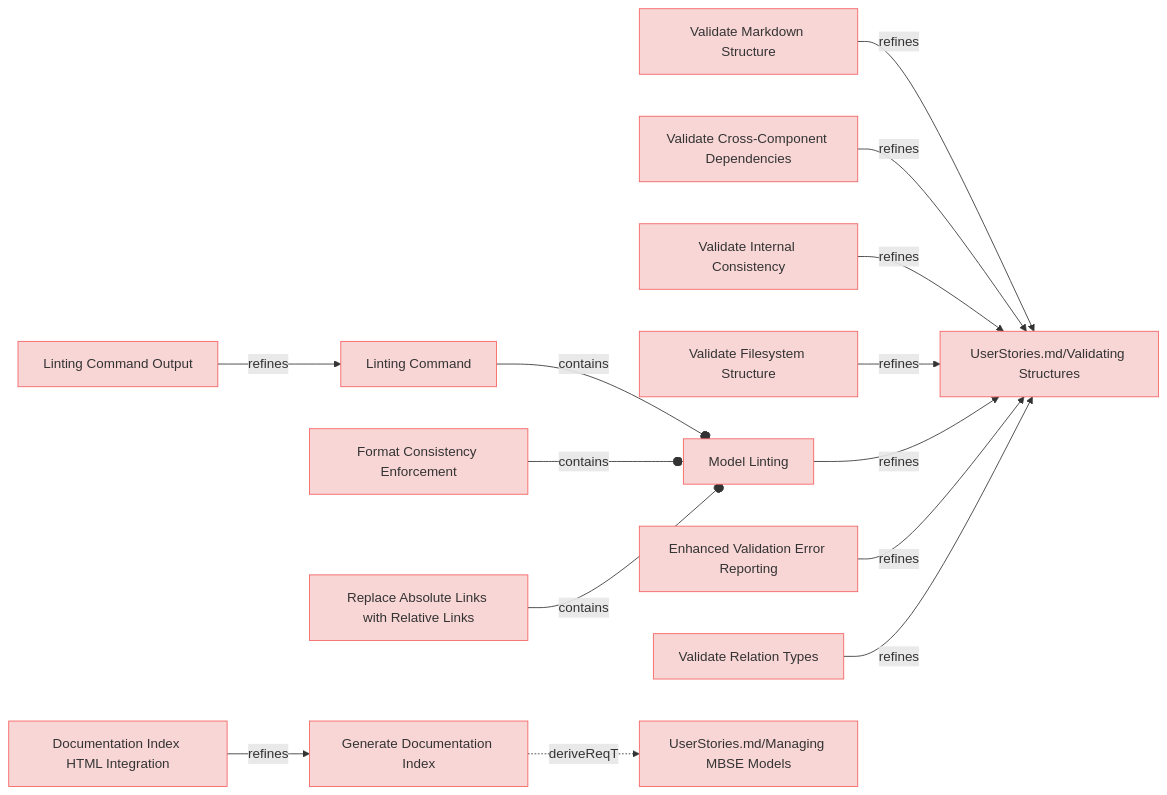
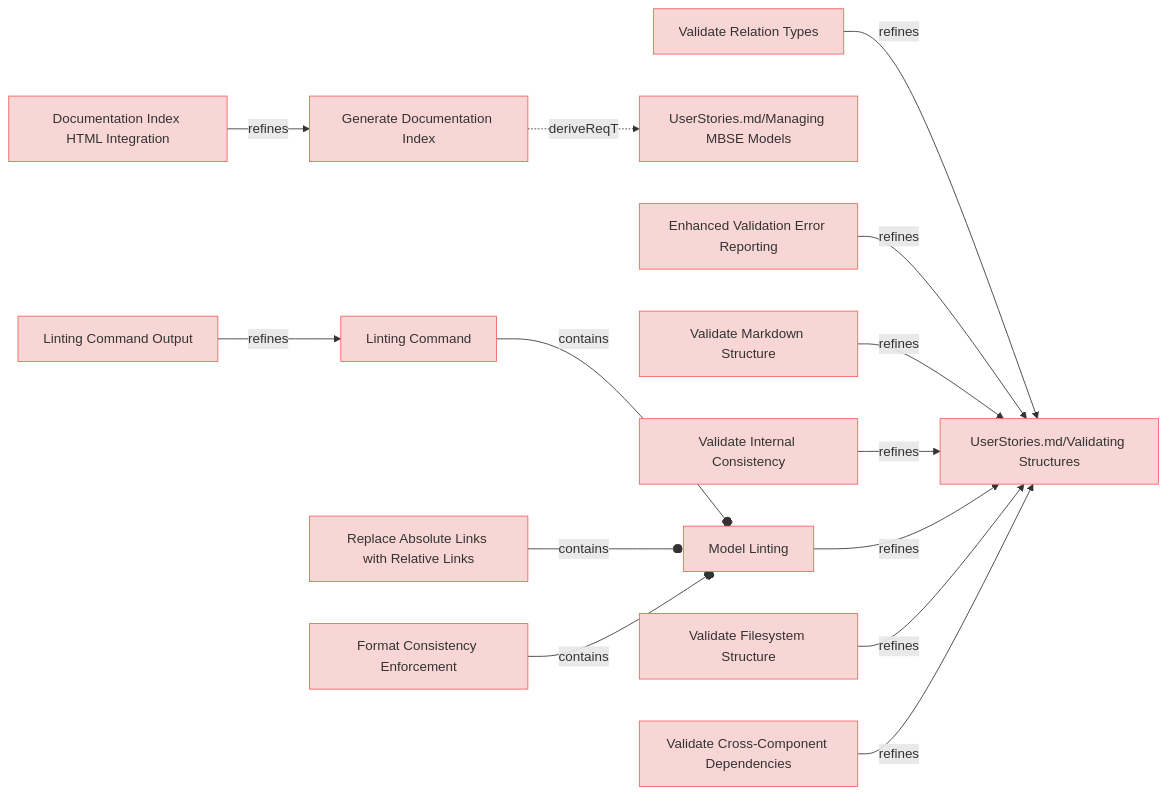
One commit to reqvire-org/reqvire changed the third of 9 diagrams in specifications/UserRequirements.md. Above: the diagram before and after it, drawn with Mermaid. The commit also changed other lines of this file and 21 other files, not shown here.

````diff
--- a/specifications/UserRequirements.md
+++ b/specifications/UserRequirements.md
@@ -147,67 +147,67 @@
 ```mermaid
 graph LR;
   %% Graph styling
   classDef requirement fill:#f9d6d6,stroke:#f55f5f,stroke-width:1px;
   classDef verification fill:#d6f9d6,stroke:#5fd75f,stroke-width:1px;
   classDef externalLink fill:#d0e0ff,stroke:#3080ff,stroke-width:1px;
   classDef default fill:#f5f5f5,stroke:#333333,stroke-width:1px;
 
-  b6ee889a6a1ac979["Validate Markdown Structure"];
-  click b6ee889a6a1ac979 "https://github.com/ilijaljubicic/Reqvire/blob/8a68ca1eab81bac7964085e47777a0a92447c6a5/specifications/UserRequirements.md#validate-markdown-structure";
-  class b6ee889a6a1ac979 requirement;
-  e411816051b86f1c["UserStories.md/Validating Structures"];
-  class e411816051b86f1c requirement;
-  click e411816051b86f1c "https://github.com/ilijaljubicic/Reqvire/blob/8a68ca1eab81bac7964085e47777a0a92447c6a5/specifications/UserStories.md#validating-structures";
-  b6ee889a6a1ac979 -->|refines| e411816051b86f1c;
-  3197771fa6f58185["Documentation Index HTML Integration"];
-  click 3197771fa6f58185 "https://github.com/ilijaljubicic/Reqvire/blob/8a68ca1eab81bac7964085e47777a0a92447c6a5/specifications/UserRequirements.md#documentation-index-html-integration";
-  class 3197771fa6f58185 requirement;
-  a0f45824211bff87["Generate Documentation Index"];
-  class a0f45824211bff87 requirement;
-  click a0f45824211bff87 "https://github.com/ilijaljubicic/Reqvire/blob/8a68ca1eab81bac7964085e47777a0a92447c6a5/specifications/UserRequirements.md#generate-documentation-index";
-  3197771fa6f58185 -->|refines| a0f45824211bff87;
-  a830c3c9ac9cf1a9["Validate Cross-Component Dependencies"];
-  click a830c3c9ac9cf1a9 "https://github.com/ilijaljubicic/Reqvire/blob/8a68ca1eab81bac7964085e47777a0a92447c6a5/specifications/UserRequirements.md#validate-cross-component-dependencies";
-  class a830c3c9ac9cf1a9 requirement;
-  a830c3c9ac9cf1a9 -->|refines| e411816051b86f1c;
-  944bd4459db32d65["Validate Internal Consistency"];
-  click 944bd4459db32d65 "https://github.com/ilijaljubicic/Reqvire/blob/8a68ca1eab81bac7964085e47777a0a92447c6a5/specifications/UserRequirements.md#validate-internal-consistency";
-  class 944bd4459db32d65 requirement;
-  944bd4459db32d65 -->|refines| e411816051b86f1c;
-  b92914a9715d4d36["Validate Filesystem Structure"];
-  click b92914a9715d4d36 "https://github.com/ilijaljubicic/Reqvire/blob/8a68ca1eab81bac7964085e47777a0a92447c6a5/specifications/UserRequirements.md#validate-filesystem-structure";
-  class b92914a9715d4d36 requirement;
-  b92914a9715d4d36 -->|refines| e411816051b86f1c;
-  36d76b90ace3a564["Model Linting"];
-  click 36d76b90ace3a564 "https://github.com/ilijaljubicic/Reqvire/blob/8a68ca1eab81bac7964085e47777a0a92447c6a5/specifications/UserRequirements.md#model-linting";
-  class 36d76b90ace3a564 requirement;
-  36d76b90ace3a564 -->|refines| e411816051b86f1c;
-  20193d4c951bb5d8["Enhanced Validation Error Reporting"];
-  click 20193d4c951bb5d8 "https://github.com/ilijaljubicic/Reqvire/blob/8a68ca1eab81bac7964085e47777a0a92447c6a5/specifications/UserRequirements.md#enhanced-validation-error-reporting";
-  class 20193d4c951bb5d8 requirement;
-  20193d4c951bb5d8 -->|refines| e411816051b86f1c;
-  5862305273e75e10["Linting Command Output"];
-  click 5862305273e75e10 "https://github.com/ilijaljubicic/Reqvire/blob/8a68ca1eab81bac7964085e47777a0a92447c6a5/specifications/UserRequirements.md#linting-command-output";
-  class 5862305273e75e10 requirement;
-  f1de164cd9ee3fd["Linting Command"];
-  class f1de164cd9ee3fd requirement;
-  click f1de164cd9ee3fd "https://github.com/ilijaljubicic/Reqvire/blob/8a68ca1eab81bac7964085e47777a0a92447c6a5/specifications/UserRequirements.md#linting-command";
-  5862305273e75e10 -->|refines| f1de164cd9ee3fd;
-  f1de164cd9ee3fd --o|contains| 36d76b90ace3a564;
-  43bbec4721cc6a68["Format Consistency Enforcement"];
-  click 43bbec4721cc6a68 "https://github.com/ilijaljubicic/Reqvire/blob/8a68ca1eab81bac7964085e47777a0a92447c6a5/specifications/UserRequirements.md#format-consistency-enforcement";
-  class 43bbec4721cc6a68 requirement;
-  43bbec4721cc6a68 --o|contains| 36d76b90ace3a564;
-  46eca65b8a17dbc5["Validate Relation Types"];
-  click 46eca65b8a17dbc5 "https://github.com/ilijaljubicic/Reqvire/blob/8a68ca1eab81bac7964085e47777a0a92447c6a5/specifications/UserRequirements.md#validate-relation-types";
-  class 46eca65b8a17dbc5 requirement;
-  46eca65b8a17dbc5 -->|refines| e411816051b86f1c;
-  f95a63db50140538["Replace Absolute Links with Relative Links"];
-  click f95a63db50140538 "https://github.com/ilijaljubicic/Reqvire/blob/8a68ca1eab81bac7964085e47777a0a92447c6a5/specifications/UserRequirements.md#replace-absolute-links-with-relative-links";
-  class f95a63db50140538 requirement;
-  f95a63db50140538 --o|contains| 36d76b90ace3a564;
-  1902659ed14c4615["UserStories.md/Managing MBSE Models"];
-  class 1902659ed14c4615 requirement;
-  click 1902659ed14c4615 "https://github.com/ilijaljubicic/Reqvire/blob/8a68ca1eab81bac7964085e47777a0a92447c6a5/specifications/UserStories.md#managing-mbse-models";
-  a0f45824211bff87 -.->|deriveReqT| 1902659ed14c4615;
+  62c066a5aad4dafe["Linting Command Output"];
+  click 62c066a5aad4dafe "https://github.com/Reqvire/reqvire/blob/f18e52f9f88c64f67a79abc4e93eb74b3ec22615/specifications/UserRequirements.md#linting-command-output";
+  class 62c066a5aad4dafe requirement;
+  28b0f9fa78937e61["Linting Command"];
+  class 28b0f9fa78937e61 requirement;
+  click 28b0f9fa78937e61 "https://github.com/Reqvire/reqvire/blob/f18e52f9f88c64f67a79abc4e93eb74b3ec22615/specifications/UserRequirements.md#linting-command";
+  62c066a5aad4dafe -->|refines| 28b0f9fa78937e61;
+  8a3ca9461643d887["Validate Relation Types"];
+  click 8a3ca9461643d887 "https://github.com/Reqvire/reqvire/blob/f18e52f9f88c64f67a79abc4e93eb74b3ec22615/specifications/UserRequirements.md#validate-relation-types";
+  class 8a3ca9461643d887 requirement;
+  a0f9571f6563d9d3["UserStories.md/Validating Structures"];
+  class a0f9571f6563d9d3 requirement;
+  click a0f9571f6563d9d3 "https://github.com/Reqvire/reqvire/blob/f18e52f9f88c64f67a79abc4e93eb74b3ec22615/specifications/UserStories.md#validating-structures";
+  8a3ca9461643d887 -->|refines| a0f9571f6563d9d3;
+  9019be8bfdc22b35["Generate Documentation Index"];
+  click 9019be8bfdc22b35 "https://github.com/Reqvire/reqvire/blob/f18e52f9f88c64f67a79abc4e93eb74b3ec22615/specifications/UserRequirements.md#generate-documentation-index";
+  class 9019be8bfdc22b35 requirement;
+  c75ac8fa29479ca5["UserStories.md/Managing MBSE Models"];
+  class c75ac8fa29479ca5 requirement;
+  click c75ac8fa29479ca5 "https://github.com/Reqvire/reqvire/blob/f18e52f9f88c64f67a79abc4e93eb74b3ec22615/specifications/UserStories.md#managing-mbse-models";
+  9019be8bfdc22b35 -.->|deriveReqT| c75ac8fa29479ca5;
+  84c4dc11e82e8638["Model Linting"];
+  class 84c4dc11e82e8638 requirement;
+  click 84c4dc11e82e8638 "https://github.com/Reqvire/reqvire/blob/f18e52f9f88c64f67a79abc4e93eb74b3ec22615/specifications/UserRequirements.md#model-linting";
+  28b0f9fa78937e61 --o|contains| 84c4dc11e82e8638;
+  229bb675bac39dc9["Replace Absolute Links with Relative Links"];
+  click 229bb675bac39dc9 "https://github.com/Reqvire/reqvire/blob/f18e52f9f88c64f67a79abc4e93eb74b3ec22615/specifications/UserRequirements.md#replace-absolute-links-with-relative-links";
+  class 229bb675bac39dc9 requirement;
+  229bb675bac39dc9 --o|contains| 84c4dc11e82e8638;
+  3d2fe0b05ff9c8e3["Enhanced Validation Error Reporting"];
+  click 3d2fe0b05ff9c8e3 "https://github.com/Reqvire/reqvire/blob/f18e52f9f88c64f67a79abc4e93eb74b3ec22615/specifications/UserRequirements.md#enhanced-validation-error-reporting";
+  class 3d2fe0b05ff9c8e3 requirement;
+  3d2fe0b05ff9c8e3 -->|refines| a0f9571f6563d9d3;
+  b5146db7aedfd66["Documentation Index HTML Integration"];
+  click b5146db7aedfd66 "https://github.com/Reqvire/reqvire/blob/f18e52f9f88c64f67a79abc4e93eb74b3ec22615/specifications/UserRequirements.md#documentation-index-html-integration";
+  class b5146db7aedfd66 requirement;
+  b5146db7aedfd66 -->|refines| 9019be8bfdc22b35;
+  7ec3cb7f400a2e8d["Validate Markdown Structure"];
+  click 7ec3cb7f400a2e8d "https://github.com/Reqvire/reqvire/blob/f18e52f9f88c64f67a79abc4e93eb74b3ec22615/specifications/UserRequirements.md#validate-markdown-structure";
+  class 7ec3cb7f400a2e8d requirement;
+  7ec3cb7f400a2e8d -->|refines| a0f9571f6563d9d3;
+  f9182ad2999d989c["Validate Internal Consistency"];
+  click f9182ad2999d989c "https://github.com/Reqvire/reqvire/blob/f18e52f9f88c64f67a79abc4e93eb74b3ec22615/specifications/UserRequirements.md#validate-internal-consistency";
+  class f9182ad2999d989c requirement;
+  f9182ad2999d989c -->|refines| a0f9571f6563d9d3;
+  84c4dc11e82e8638 -->|refines| a0f9571f6563d9d3;
+  1ddbeea0cf8eaad5["Format Consistency Enforcement"];
+  click 1ddbeea0cf8eaad5 "https://github.com/Reqvire/reqvire/blob/f18e52f9f88c64f67a79abc4e93eb74b3ec22615/specifications/UserRequirements.md#format-consistency-enforcement";
+  class 1ddbeea0cf8eaad5 requirement;
+  1ddbeea0cf8eaad5 --o|contains| 84c4dc11e82e8638;
+  c390b990a63def2a["Validate Filesystem Structure"];
+  click c390b990a63def2a "https://github.com/Reqvire/reqvire/blob/f18e52f9f88c64f67a79abc4e93eb74b3ec22615/specifications/UserRequirements.md#validate-filesystem-structure";
+  class c390b990a63def2a requirement;
+  c390b990a63def2a -->|refines| a0f9571f6563d9d3;
+  ee05a46627b568b7["Validate Cross-Component Dependencies"];
+  click ee05a46627b568b7 "https://github.com/Reqvire/reqvire/blob/f18e52f9f88c64f67a79abc4e93eb74b3ec22615/specifications/UserRequirements.md#validate-cross-component-dependencies";
+  class ee05a46627b568b7 requirement;
+  ee05a46627b568b7 -->|refines| a0f9571f6563d9d3;
 ```
````
